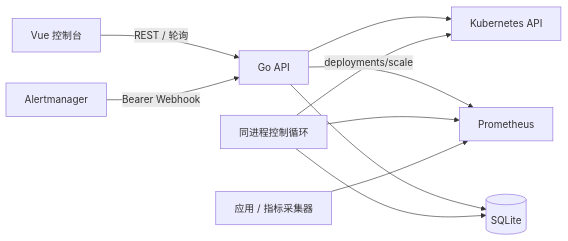
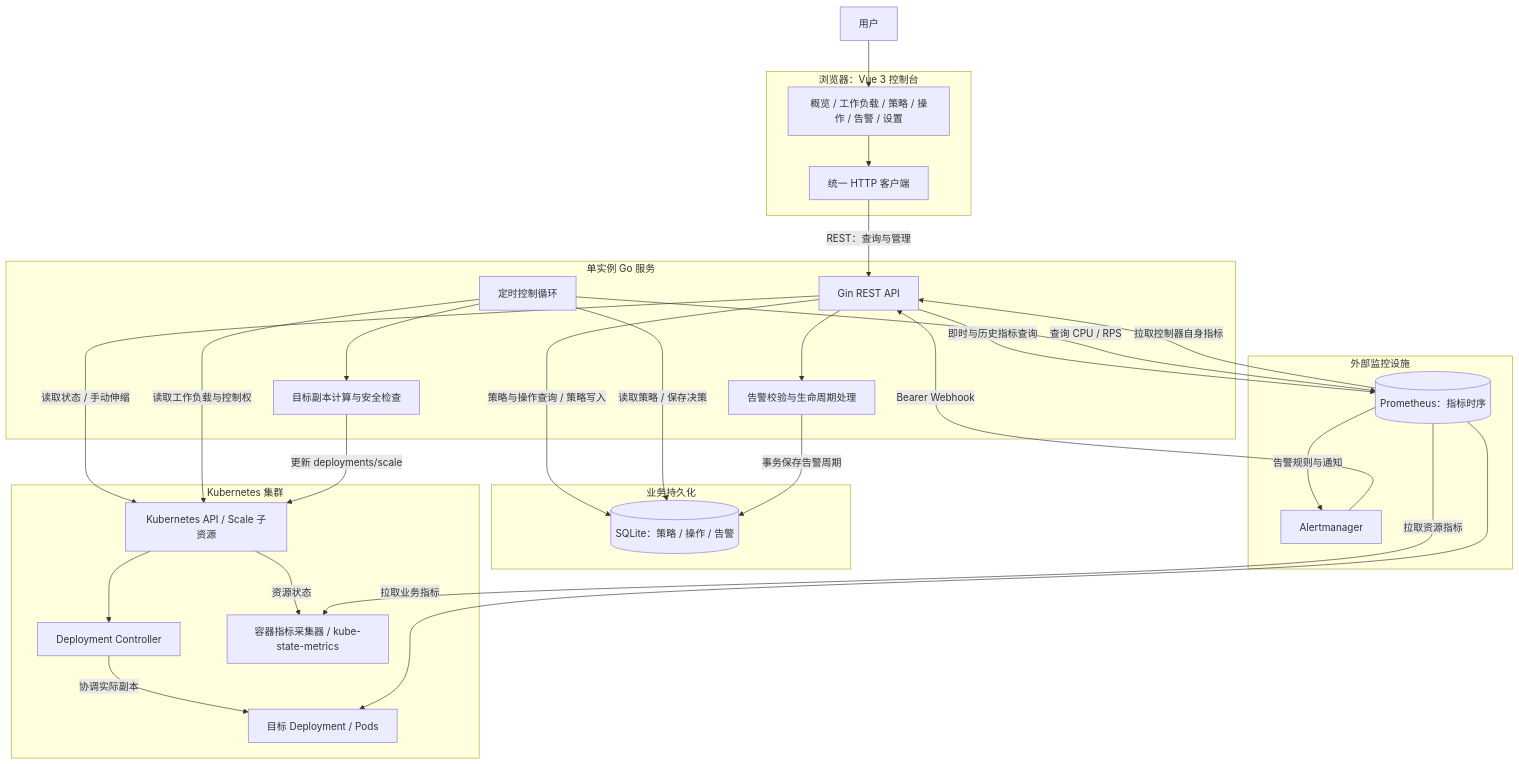
Before and after one commit to brynhildANN/KubeScale: the first of 3 diagrams in docs/architecture.md, drawn with Mermaid. The commit also changed other lines of this file and 11 other files, not shown here.

````diff
--- a/docs/architecture.md
+++ b/docs/architecture.md
@@ -5,12 +11,47 @@
 ```mermaid
-flowchart LR
-  UI[Vue 控制台] -->|REST / 轮询| API[Go API]
-  API --> K8S[Kubernetes API]
-  API --> PROM[Prometheus]
-  API --> DB[(SQLite)]
-  CTRL[同进程控制循环] --> PROM
-  CTRL --> DB
-  CTRL -->|deployments/scale| K8S
-  AM[Alertmanager] -->|Bearer Webhook| API
-  APP[应用 / 指标采集器] --> PROM
+flowchart TB
+  USER[用户] --> UI
+  subgraph frontend[浏览器：Vue 3 控制台]
+    UI[概览 / 工作负载 / 策略 / 操作 / 告警 / 设置]
+    CLIENT[统一 HTTP 客户端]
+    UI --> CLIENT
+  end
+  subgraph backend[单实例 Go 服务]
+    API[Gin REST API]
+    CTRL[定时控制循环]
+    ENGINE[目标副本计算与安全检查]
+    WEBHOOK[告警校验与生命周期处理]
+    API --> WEBHOOK
+    CTRL --> ENGINE
+  end
+  subgraph data[业务持久化]
+    DB[(SQLite：策略 / 操作 / 告警)]
+  end
+  subgraph monitoring[外部监控设施]
+    PROM[(Prometheus：指标时序)]
+    AM[Alertmanager]
+    PROM -->|告警规则与通知| AM
+  end
+  subgraph cluster[Kubernetes 集群]
+    KAPI[Kubernetes API / Scale 子资源]
+    DC[Deployment Controller]
+    PODS[目标 Deployment / Pods]
+    COLLECT[容器指标采集器 / kube-state-metrics]
+    KAPI --> DC
+    DC -->|协调实际副本| PODS
+    KAPI -->|资源状态| COLLECT
+  end
+  CLIENT -->|REST：查询与管理| API
+  API -->|读取状态 / 手动伸缩| KAPI
+  API -->|即时与历史指标查询| PROM
+  API -->|策略与操作查询 / 策略写入| DB
+  CTRL -->|读取策略 / 保存决策| DB
+  CTRL -->|读取工作负载与控制权| KAPI
+  CTRL -->|查询 CPU / RPS| PROM
+  ENGINE -->|更新 deployments/scale| KAPI
+  WEBHOOK -->|事务保存告警周期| DB
+  AM -->|Bearer Webhook| API
+  PROM -->|拉取业务指标| PODS
+  PROM -->|拉取资源指标| COLLECT
+  PROM -->|拉取控制器自身指标| API
 ```
````
